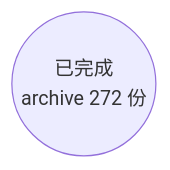
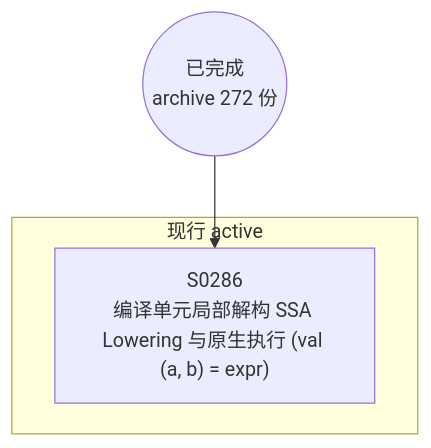
The diagram in docs/specs/dependency-graph.md (Halckon/Koven), drawn with Mermaid before and after one commit. The commit also changed other lines of this file and 6 other files, not shown here.

````diff
--- a/docs/specs/dependency-graph.md
+++ b/docs/specs/dependency-graph.md
@@ -9,4 +9,8 @@
 ```mermaid
 flowchart TD
 ARCH(("已完成<br/>archive 272 份"))
+subgraph Gactive["现行 active"]
+  S0286["S0286<br/>编译单元局部解构 SSA Lowering 与原生执行 (val (a, b) = expr)"]
+end
+ARCH --> S0286
 ```
````
